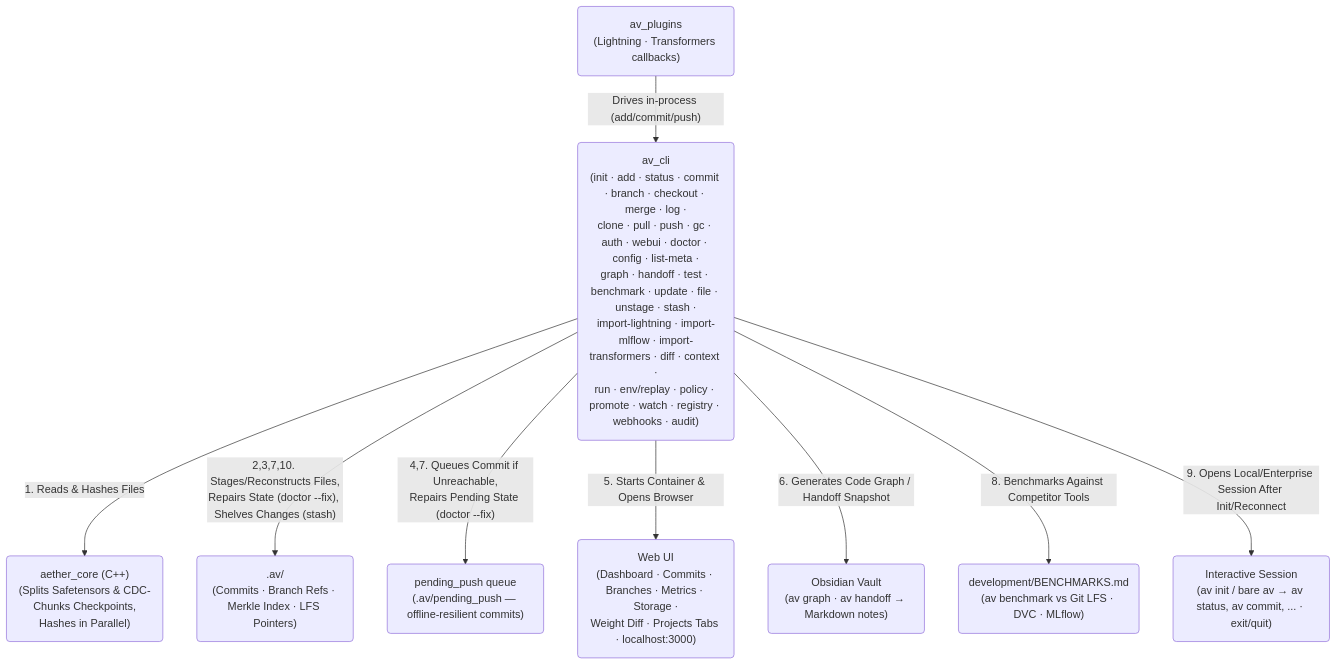
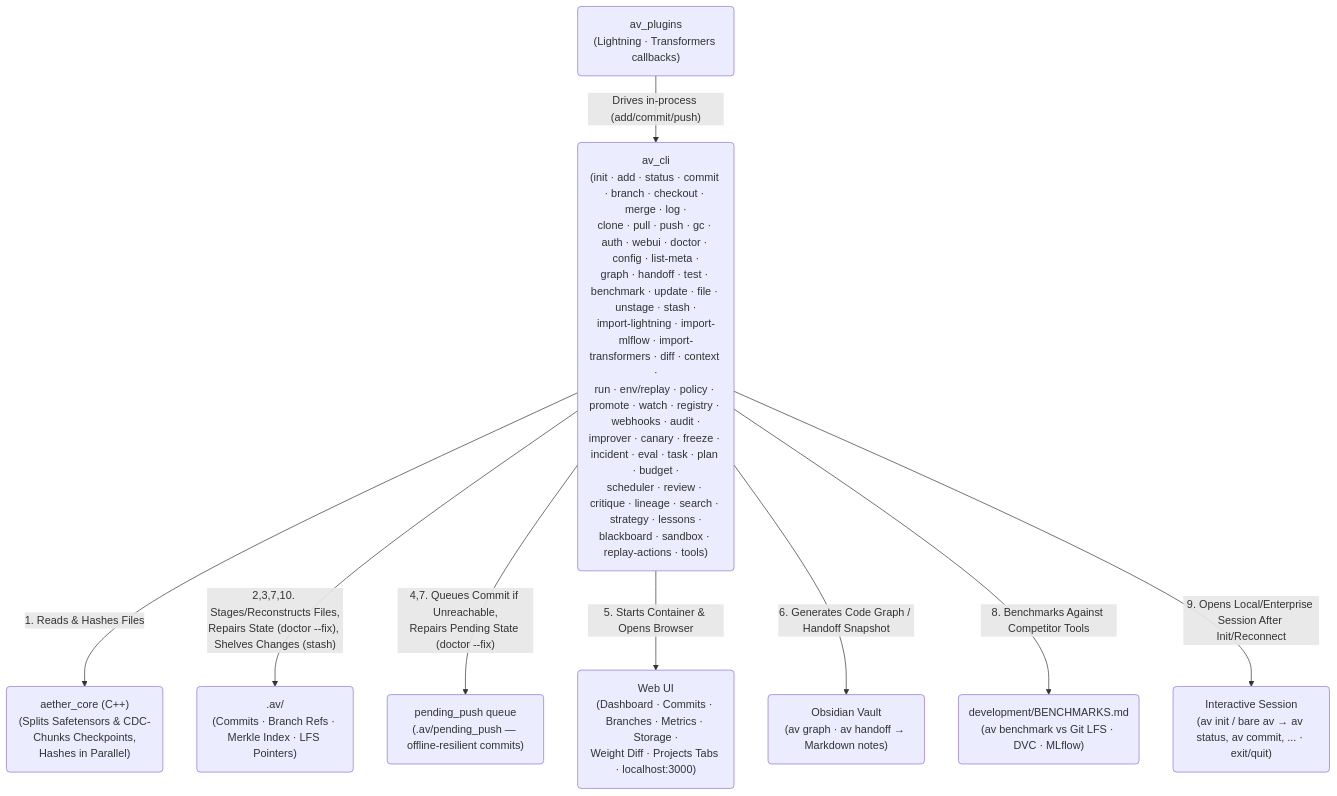
One commit to leon1706-lol/Aether-Vault changed the first of 2 diagrams in README.md. Above: the diagram before and after it, drawn with Mermaid. The commit also changed other lines of this file and 110 other files, not shown here.

````diff
--- a/README.md
+++ b/README.md
@@ -125,21 +125,21 @@
 ```mermaid
 graph TD
     Plugins("av_plugins<br>(Lightning · Transformers callbacks)")
-    CLI("av_cli<br>(init · add · status · commit · branch · checkout · merge · log ·<br>clone · pull · push · gc · auth · webui · doctor · config · list-meta ·<br>graph · handoff · test · benchmark · update · file · unstage · stash ·<br>import-lightning · import-mlflow · import-transformers · diff · context ·<br>run · env/replay · policy · promote · watch · registry · webhooks · audit)")
+    CLI("av_cli<br>(init · add · status · commit · branch · checkout · merge · log ·<br>clone · pull · push · gc · auth · webui · doctor · config · list-meta ·<br>graph · handoff · test · benchmark · update · file · unstage · stash ·<br>import-lightning · import-mlflow · import-transformers · diff · context ·<br>run · env/replay · policy · promote · watch · registry · webhooks · audit ·<br>improver · canary · freeze · incident · eval · task · plan · budget ·<br>scheduler · review · critique · lineage · search · strategy · lessons ·<br>blackboard · sandbox · replay-actions · tools)")
     CPP("aether_core (C++)<br>(Splits Safetensors & CDC-Chunks Checkpoints,<br>Hashes in Parallel)")
     LocalDAG(".av/<br>(Commits · Branch Refs · Merkle Index · LFS Pointers)")
     PendingQ("pending_push queue<br>(.av/pending_push — offline-resilient commits)")
     WebUI("Web UI<br>(Dashboard · Commits · Branches · Metrics · Storage ·<br>Weight Diff · Projects Tabs · localhost:3000)")
     Vault("Obsidian Vault<br>(av graph · av handoff → Markdown notes)")
     Benchmarks("development/BENCHMARKS.md<br>(av benchmark vs Git LFS · DVC · MLflow)")
     Session("Interactive Session<br>(av init / bare av → av status, av commit, ... · exit/quit)")
 
     Plugins -- "Drives in-process (add/commit/push)" --> CLI
     CLI -- "1. Reads & Hashes Files" --> CPP
     CLI -- "2,3,7,10. Stages/Reconstructs Files,<br>Repairs State (doctor --fix), Shelves Changes (stash)" --> LocalDAG
     CLI -- "4,7. Queues Commit if Unreachable,<br>Repairs Pending State (doctor --fix)" --> PendingQ
     CLI -- "5. Starts Container & Opens Browser" --> WebUI
     CLI -- "6. Generates Code Graph / Handoff Snapshot" --> Vault
     CLI -- "8. Benchmarks Against Competitor Tools" --> Benchmarks
     CLI -- "9. Opens Local/Enterprise Session After Init/Reconnect" --> Session
 ```
````
